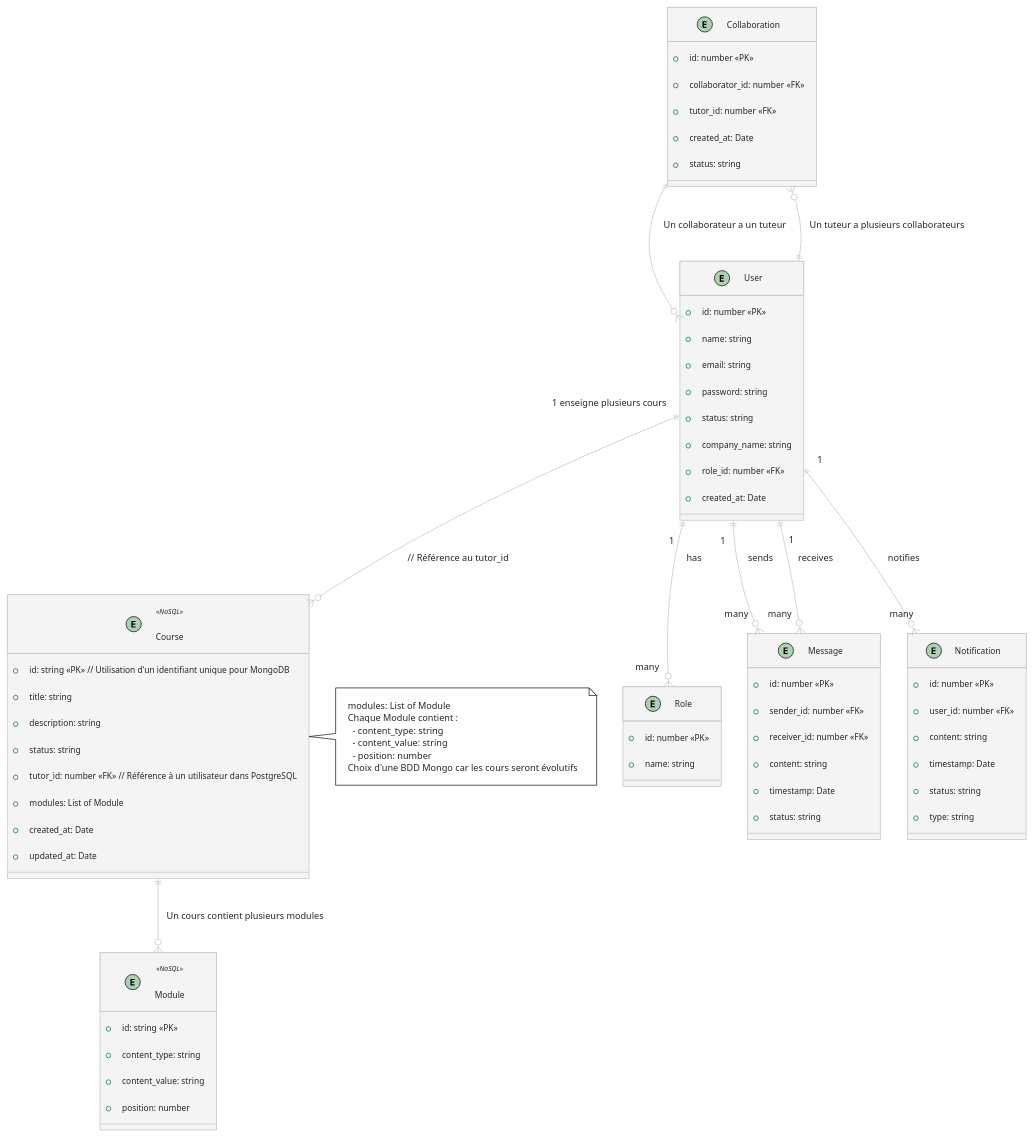
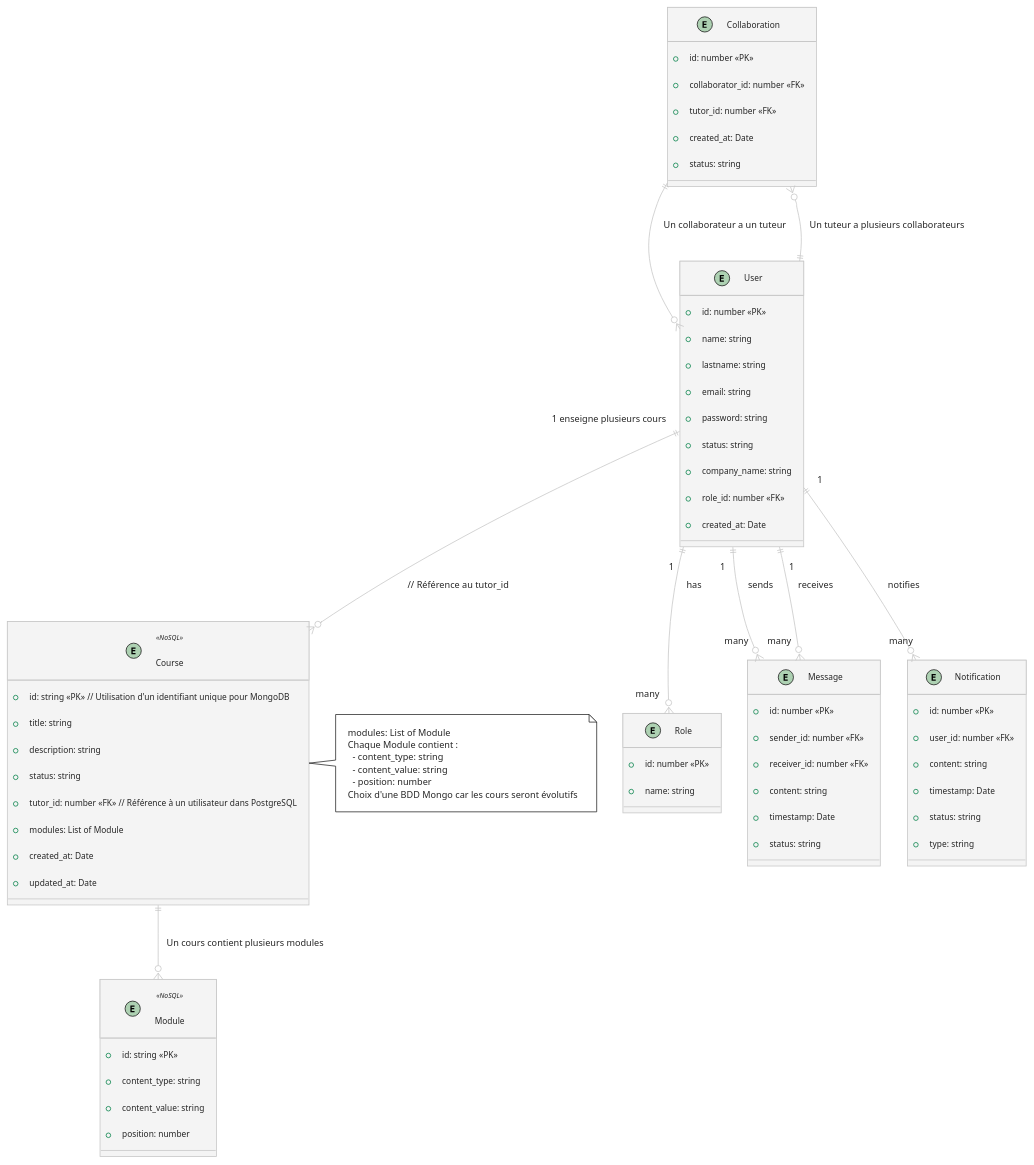
The diagram in UML/entity_relation_diagram.pu (Davidben75/Elearn_api), drawn with PlantUML before and after one commit.

Commit message:
correction ERD diagram

```diff
--- a/UML/entity_relation_diagram.pu
+++ b/UML/entity_relation_diagram.pu
@@ -1,84 +1,85 @@
 @startuml "entity relation SQL + NoSQL"
 !theme carbon-gray
 
 entity User {
   +id: number <<PK>>
   +name: string
+  +lastname: string
   +email: string
   +password: string
   +status: string
   +company_name: string
   +role_id: number <<FK>>
   +created_at: Date
 }
 
 entity Role {
   +id: number <<PK>>
   +name: string
 }
 
 entity Course <<NoSQL>> {
   +id: string <<PK>> // Utilisation d'un identifiant unique pour MongoDB
   +title: string
   +description: string
   +status: string
   +tutor_id: number <<FK>> // Référence à un utilisateur dans PostgreSQL
   +modules: List of Module
   +created_at: Date
   +updated_at: Date
 }
 
 entity Module <<NoSQL>> {
   +id: string <<PK>>
   +content_type: string
   +content_value: string
   +position: number
 }
 
 entity Message {
   +id: number <<PK>>
   +sender_id: number <<FK>>
   +receiver_id: number <<FK>>
   +content: string
   +timestamp: Date
   +status: string
 }
 
 entity Notification {
   +id: number <<PK>>
   +user_id: number <<FK>>
   +content: string
   +timestamp: Date
   +status: string
   +type: string
 }
 
 entity Collaboration {
   +id: number <<PK>>
   +collaborator_id: number <<FK>>
   +tutor_id: number <<FK>>
   +created_at: Date
   +status: string
 }
 
 note right of Course
   modules: List of Module
   Chaque Module contient :
     - content_type: string
     - content_value: string
     - position: number
   Choix d'une BDD Mongo car les cours seront évolutifs
 end note
 
 User ||--o{ Role : "1" has "many"
 User ||--o{ Message : "1" sends "many"
 User ||--o{ Message : "1" receives "many"
 User ||--o{ Notification : "1" notifies "many"
 User ||--o{ Course : "1 enseigne plusieurs cours" // Référence au tutor_id
 
 Course ||--o{ Module : "Un cours contient plusieurs modules" 
 
 Collaboration ||--o{ User : "Un collaborateur a un tuteur"
 Collaboration }o--|| User : "Un tuteur a plusieurs collaborateurs"
 
 @enduml
```
